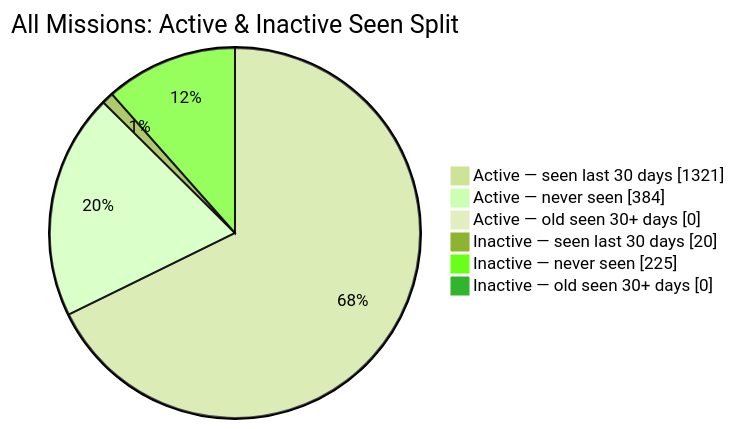
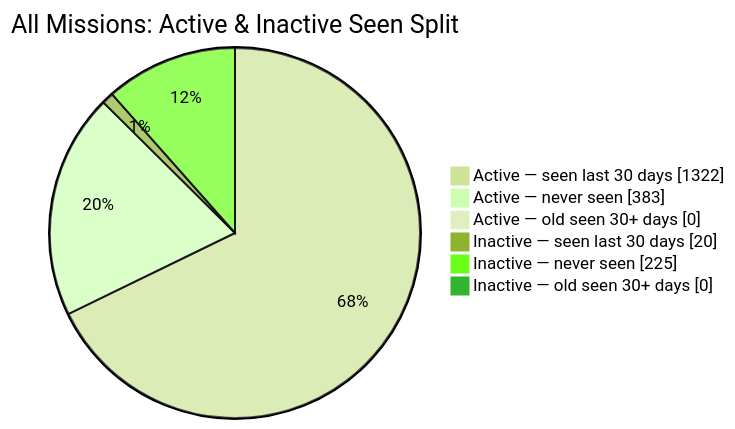
The second of 2 diagrams in README.md (MeldkamerspelGameTeam/active-missions), drawn with Mermaid (forest theme) before and after one commit. The commit also changed other lines of this file and 2 other files, not shown here.

````diff
--- a/README.md
+++ b/README.md
@@ -44,10 +44,10 @@
 ```mermaid
 pie showData
     title All Missions: Active & Inactive Seen Split
-    "Active — seen last 30 days" : 1321
-    "Active — never seen" : 384
+    "Active — seen last 30 days" : 1322
+    "Active — never seen" : 383
     "Active — old seen 30+ days" : 0
     "Inactive — seen last 30 days" : 20
     "Inactive — never seen" : 225
     "Inactive — old seen 30+ days" : 0
 ```
````
